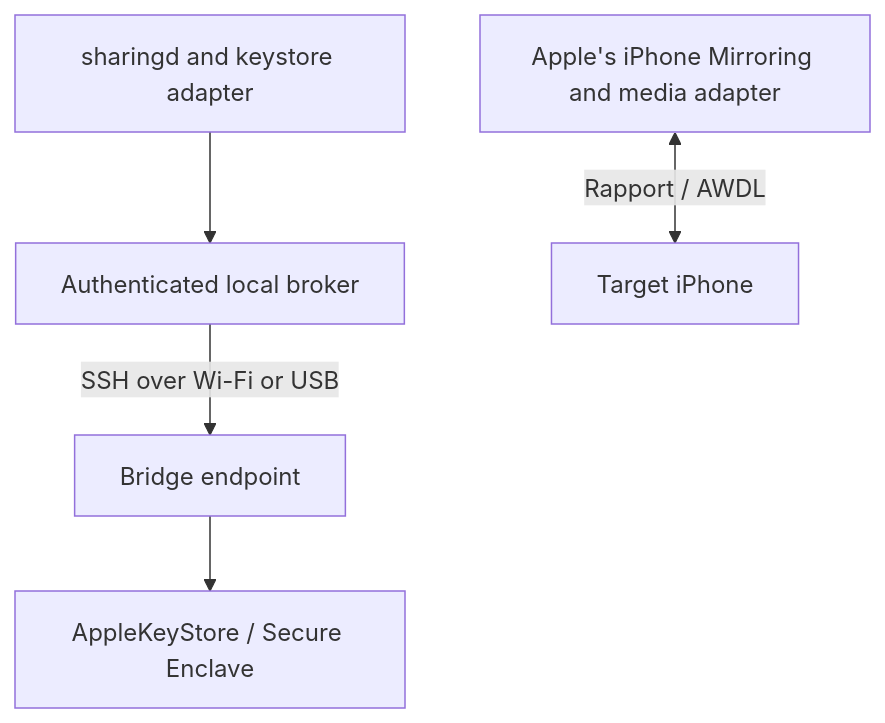
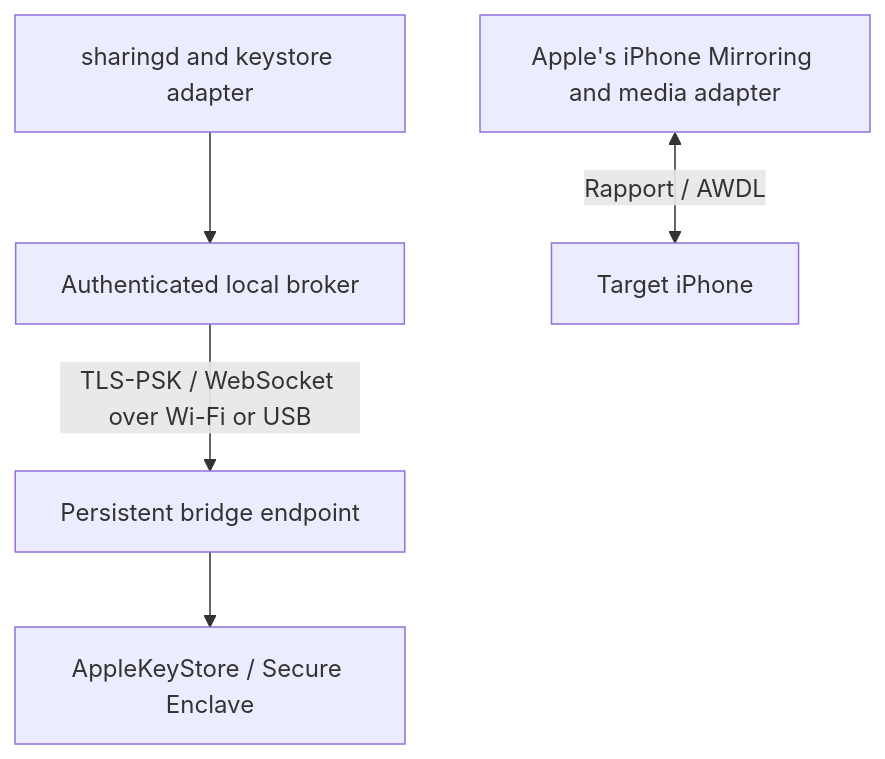
One commit to eiyuumiru/Mirra changed the diagram in docs/Architecture.md. Above: the diagram before and after it, drawn with Mermaid. The commit also changed other lines of this file and 13 other files, not shown here.

````diff
--- a/docs/Architecture.md
+++ b/docs/Architecture.md
@@ -19,7 +19,7 @@
 ```mermaid
 flowchart TD
     A[sharingd and keystore adapter] --> B[Authenticated local broker]
-    B -->|SSH over Wi-Fi or USB| C[Bridge endpoint]
+    B -->|TLS-PSK / WebSocket over Wi-Fi or USB| C[Persistent bridge endpoint]
     C --> D[AppleKeyStore / Secure Enclave]
     E[Apple's iPhone Mirroring and media adapter] <-->|Rapport / AWDL| F[Target iPhone]
 ```
````
